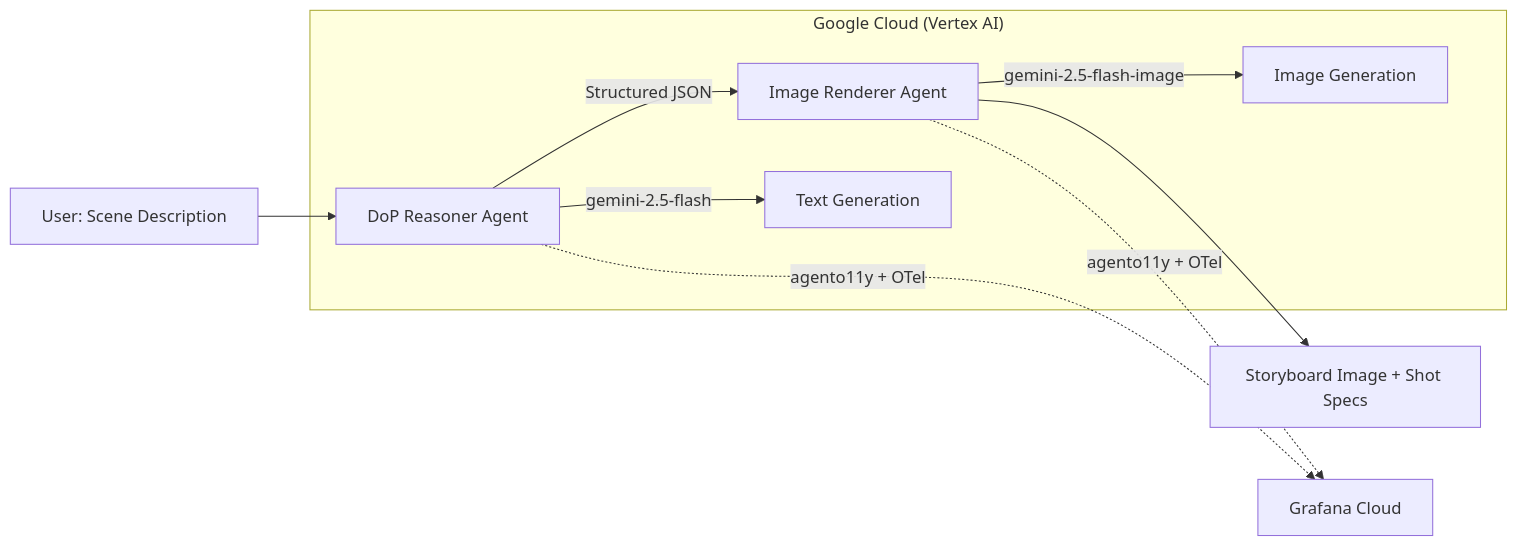
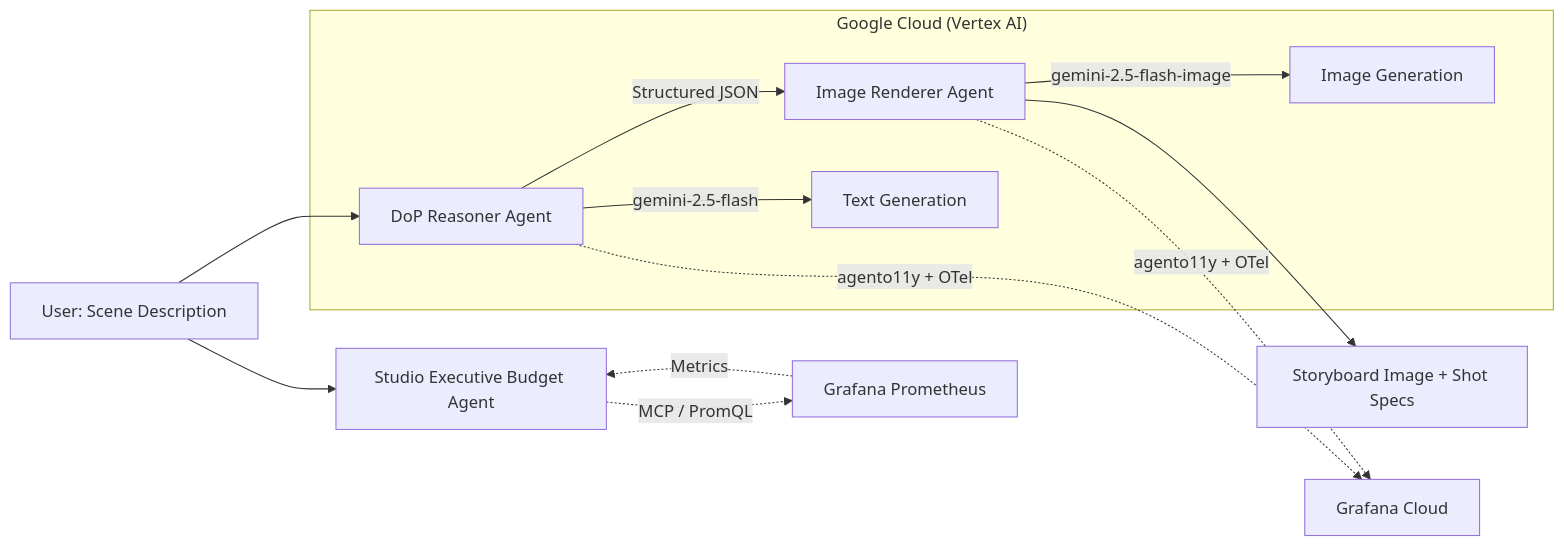
The diagram in readME.md (hasanulkarim/ai-cinematographer), drawn with Mermaid before and after one commit. The commit also changed other lines of this file and 8 other files, not shown here.

Commit message:
feat: implement autonomous budget monitoring agent using Grafana MCP and update documentation with custom evaluation and observability features.

````diff
--- a/readME.md
+++ b/readME.md
@@ -29,14 +30,18 @@
 ```mermaid
 graph LR
     A[User: Scene Description] --> B[DoP Reasoner Agent]
     B -->|Structured JSON| C[Image Renderer Agent]
     C --> D[Storyboard Image + Shot Specs]
+    
+    A --> E[Studio Executive Budget Agent]
+    E -.->|MCP / PromQL| F[Grafana Prometheus]
+    F -.->|Metrics| E
 
-    B -.->|agento11y + OTel| E[Grafana Cloud]
-    C -.->|agento11y + OTel| E
+    B -.->|agento11y + OTel| G[Grafana Cloud]
+    C -.->|agento11y + OTel| G
 
     subgraph "Google Cloud (Vertex AI)"
-        B -- gemini-2.5-flash --> F[Text Generation]
-        C -- gemini-2.5-flash-image --> G[Image Generation]
+        B -- gemini-2.5-flash --> H[Text Generation]
+        C -- gemini-2.5-flash-image --> I[Image Generation]
     end
 ```
````
